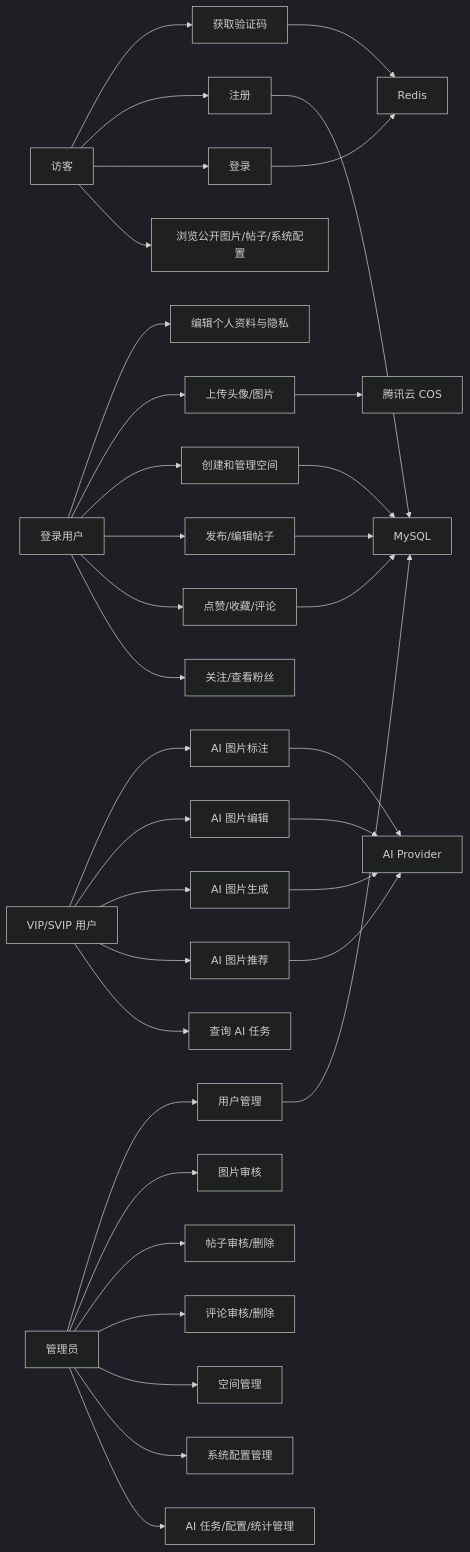
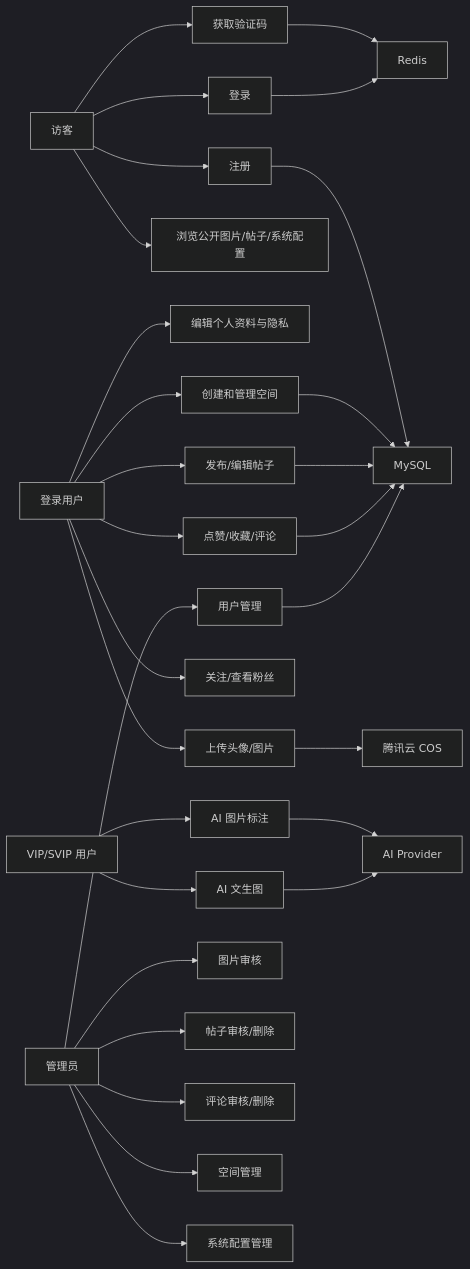
Before and after one commit to FishDuM/AI.Image.Material.Collaboration.Platform: the first of 8 diagrams in model/uml_diagrams.md, drawn with Mermaid (dark theme). The commit also changed other lines of this file and 2 other files, not shown here.

````diff
--- a/model/uml_diagrams.md
+++ b/model/uml_diagrams.md
@@ -22,50 +22,44 @@
 ```mermaid
 flowchart LR
     Guest["访客"]
     User["登录用户"]
     Vip["VIP/SVIP 用户"]
     Admin["管理员"]
     Redis["Redis"]
     COS["腾讯云 COS"]
     AI["AI Provider"]
     DB["MySQL"]
 
     Guest --> UC1["获取验证码"]
     Guest --> UC2["注册"]
     Guest --> UC3["登录"]
     Guest --> UC4["浏览公开图片/帖子/系统配置"]
 
     User --> UC5["编辑个人资料与隐私"]
     User --> UC6["上传头像/图片"]
     User --> UC7["创建和管理空间"]
     User --> UC8["发布/编辑帖子"]
     User --> UC9["点赞/收藏/评论"]
     User --> UC10["关注/查看粉丝"]
 
     Vip --> UC11["AI 图片标注"]
-    Vip --> UC12["AI 图片编辑"]
-    Vip --> UC13["AI 图片生成"]
-    Vip --> UC14["AI 图片推荐"]
-    Vip --> UC15["查询 AI 任务"]
+    Vip --> UC12["AI 文生图"]
 
-    Admin --> UC16["用户管理"]
-    Admin --> UC17["图片审核"]
-    Admin --> UC18["帖子审核/删除"]
-    Admin --> UC19["评论审核/删除"]
-    Admin --> UC20["空间管理"]
-    Admin --> UC21["系统配置管理"]
-    Admin --> UC22["AI 任务/配置/统计管理"]
+    Admin --> UC13["用户管理"]
+    Admin --> UC14["图片审核"]
+    Admin --> UC15["帖子审核/删除"]
+    Admin --> UC16["评论审核/删除"]
+    Admin --> UC17["空间管理"]
+    Admin --> UC18["系统配置管理"]
 
     UC1 --> Redis
     UC3 --> Redis
     UC6 --> COS
     UC11 --> AI
     UC12 --> AI
-    UC13 --> AI
-    UC14 --> AI
     UC2 --> DB
     UC7 --> DB
     UC8 --> DB
     UC9 --> DB
-    UC16 --> DB
+    UC13 --> DB
 ```
````
